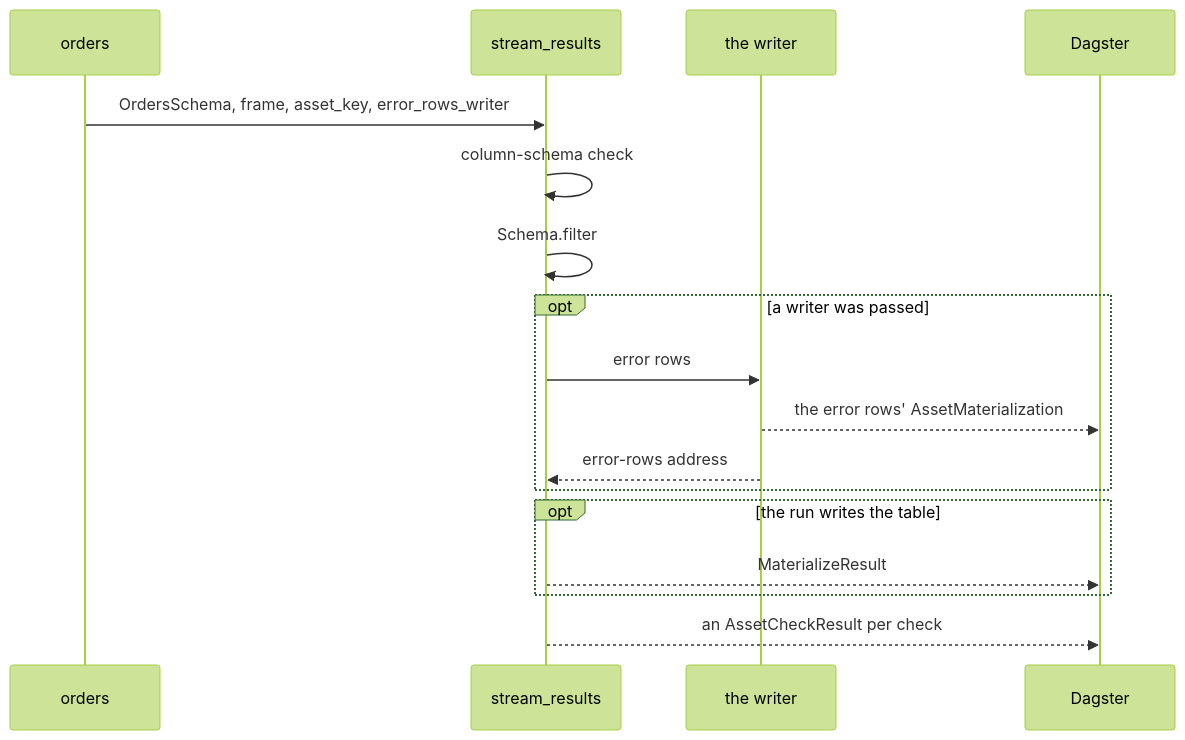
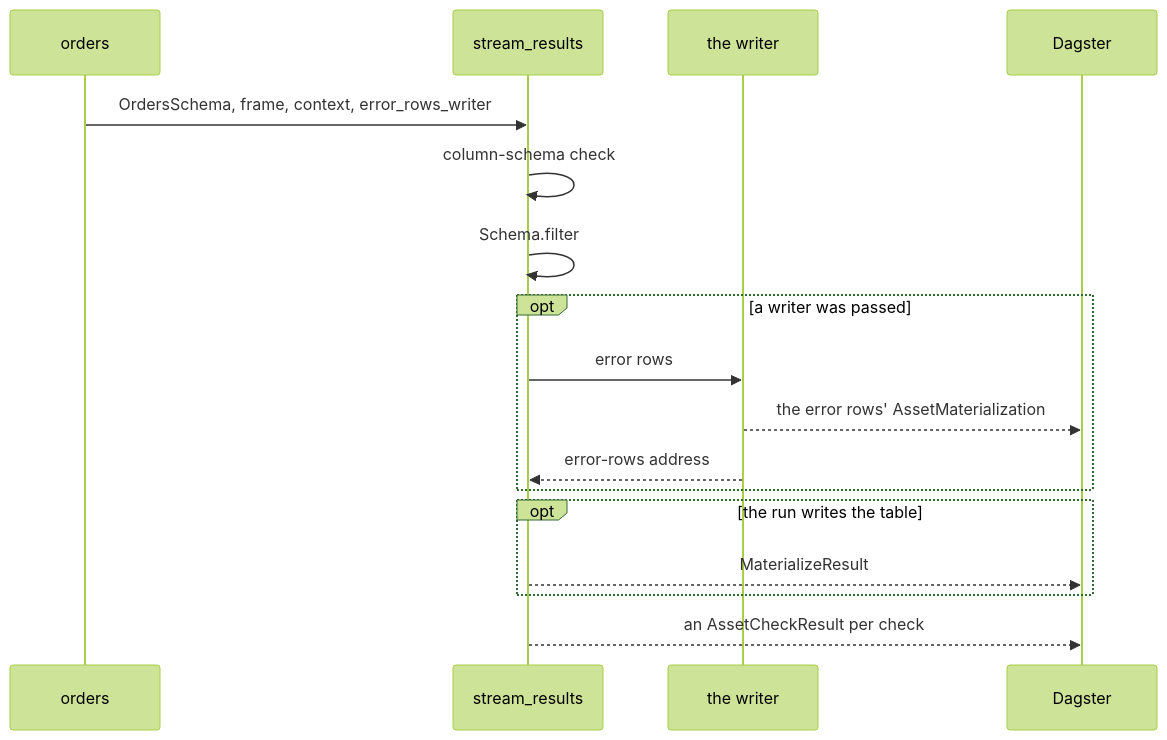
The second of 2 diagrams in user_guide/hand-wiring.qmd (ozanozbeker/dagster-dataframely), drawn with Mermaid (forest theme) before and after one commit. The commit also changed other lines of this file and 19 other files, not shown here.

First line of the commit message:
feat!: take the context in stream_results and give every dd.asset one

````diff
--- a/user_guide/hand-wiring.qmd
+++ b/user_guide/hand-wiring.qmd
@@ -177,20 +177,20 @@
 ```{mermaid}
 %%| label: hand-wiring-sequence
 sequenceDiagram
     participant A as orders
     participant V as stream_results
     participant W as the writer
     participant D as Dagster
-    A->>V: OrdersSchema, frame, asset_key, error_rows_writer
+    A->>V: OrdersSchema, frame, context, error_rows_writer
     V->>V: column-schema check
     V->>V: Schema.filter
     opt a writer was passed
         V->>W: error rows
         W-->>D: the error rows' AssetMaterialization
         W-->>V: error-rows address
     end
     opt the run writes the table
         V-->>D: MaterializeResult
     end
     V-->>D: an AssetCheckResult per check
 ```
````
